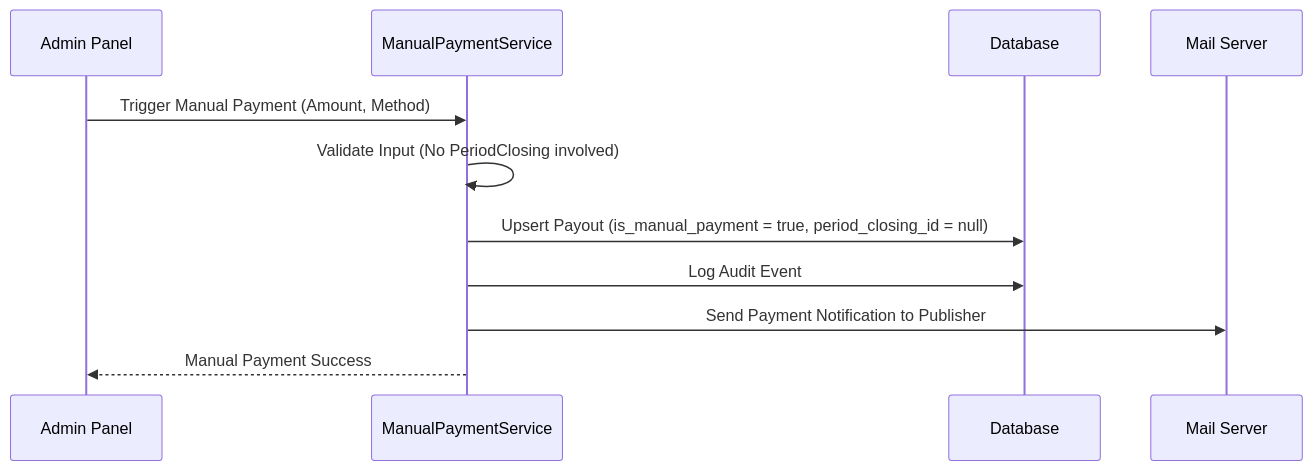
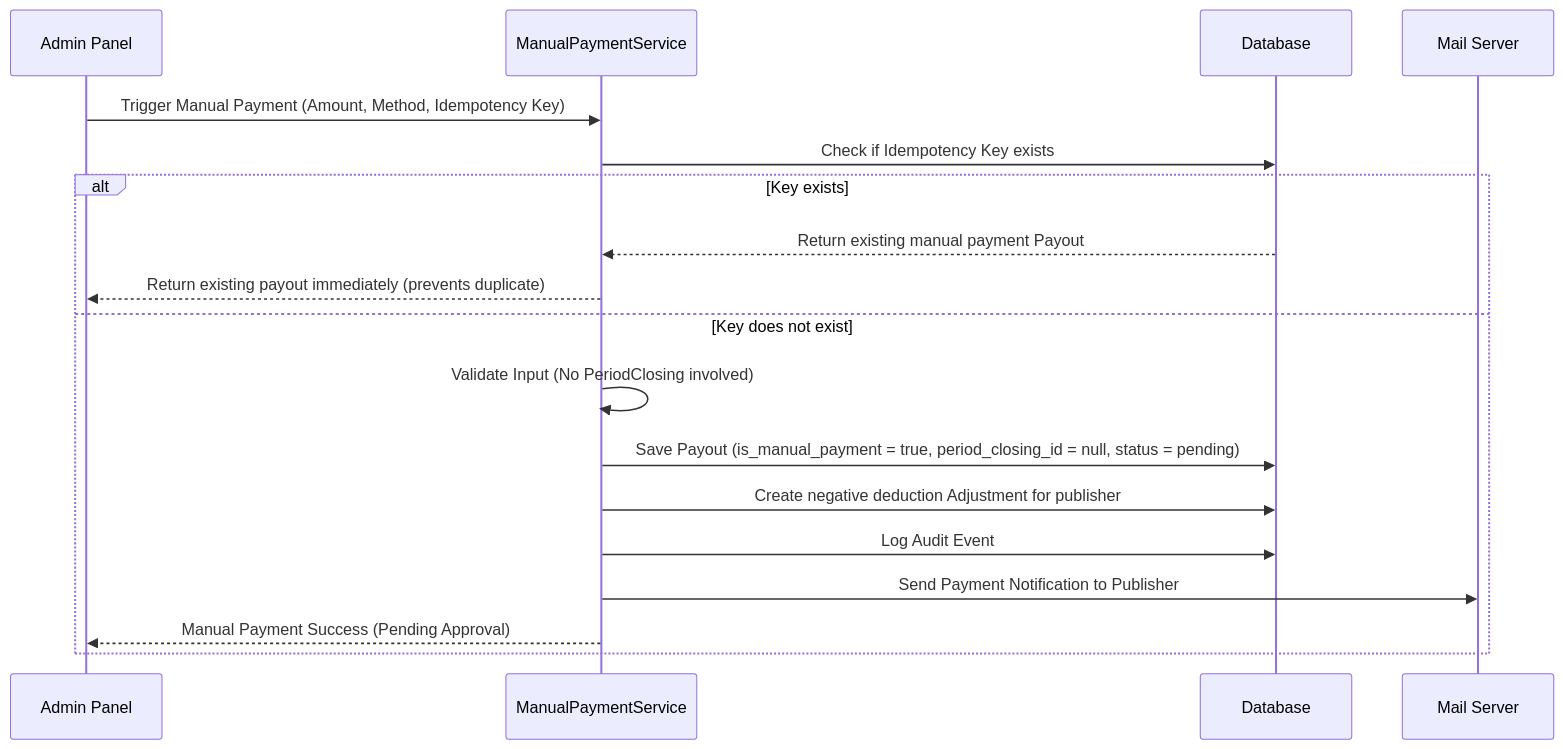
One commit to mryoussefsh/BestRevenue changed the fourth of 4 diagrams in docs/architecture.md. Above: the diagram before and after it, drawn with Mermaid. The commit also changed other lines of this file and 3 other files, not shown here.

Commit message:
Update system architecture, database schema, project progress, and changelog documentation

````diff
--- a/docs/architecture.md
+++ b/docs/architecture.md
@@ -110,14 +121,21 @@
 ```mermaid
 sequenceDiagram
     participant Admin as Admin Panel
     participant Svc as ManualPaymentService
     participant DB as Database
     participant Mail as Mail Server
     
-    Admin->>Svc: Trigger Manual Payment (Amount, Method)
-    Svc->>Svc: Validate Input (No PeriodClosing involved)
-    Svc->>DB: Upsert Payout (is_manual_payment = true, period_closing_id = null)
-    Svc->>DB: Log Audit Event
-    Svc->>Mail: Send Payment Notification to Publisher
-    Svc-->>Admin: Manual Payment Success
+    Admin->>Svc: Trigger Manual Payment (Amount, Method, Idempotency Key)
+    Svc->>DB: Check if Idempotency Key exists
+    alt Key exists
+        DB-->>Svc: Return existing manual payment Payout
+        Svc-->>Admin: Return existing payout immediately (prevents duplicate)
+    else Key does not exist
+        Svc->>Svc: Validate Input (No PeriodClosing involved)
+        Svc->>DB: Save Payout (is_manual_payment = true, period_closing_id = null, status = pending)
+        Svc->>DB: Create negative deduction Adjustment for publisher
+        Svc->>DB: Log Audit Event
+        Svc->>Mail: Send Payment Notification to Publisher
+        Svc-->>Admin: Manual Payment Success (Pending Approval)
+    end
 ```
````
